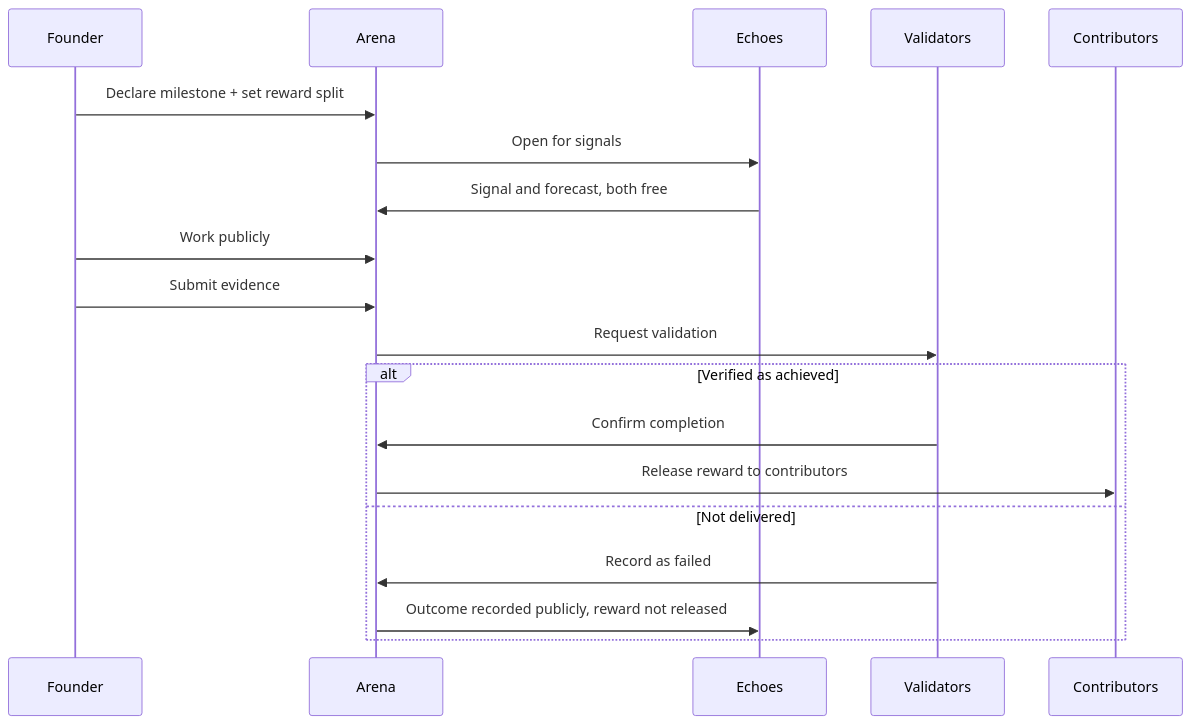
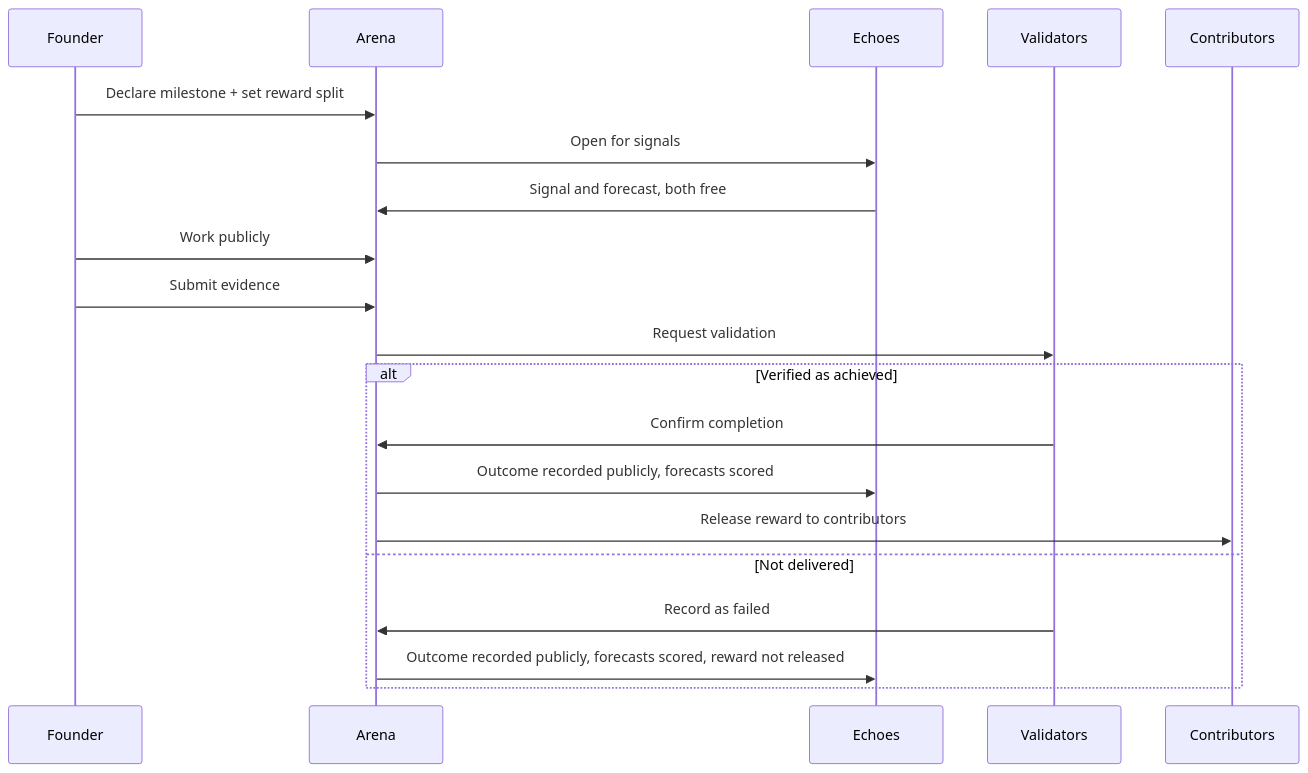
Before and after one commit to studio3-labs/studio3-docs: the first of 2 diagrams in docs/overview-guide/arena-system.md, drawn with Mermaid. The commit also changed 4 other files, not shown here.

````diff
--- a/docs/overview-guide/arena-system.md
+++ b/docs/overview-guide/arena-system.md
@@ -83,22 +83,23 @@
 ```mermaid
 sequenceDiagram
     participant F as Founder
     participant A as Arena
     participant E as Echoes
     participant V as Validators
     participant C as Contributors
 
     F->>A: Declare milestone + set reward split
     A->>E: Open for signals
     E->>A: Signal and forecast, both free
     F->>A: Work publicly
     F->>A: Submit evidence
     A->>V: Request validation
     alt Verified as achieved
         V->>A: Confirm completion
+        A->>E: Outcome recorded publicly, forecasts scored
         A->>C: Release reward to contributors
     else Not delivered
         V->>A: Record as failed
-        A->>E: Outcome recorded publicly, reward not released
+        A->>E: Outcome recorded publicly, forecasts scored, reward not released
     end
 ```
````
